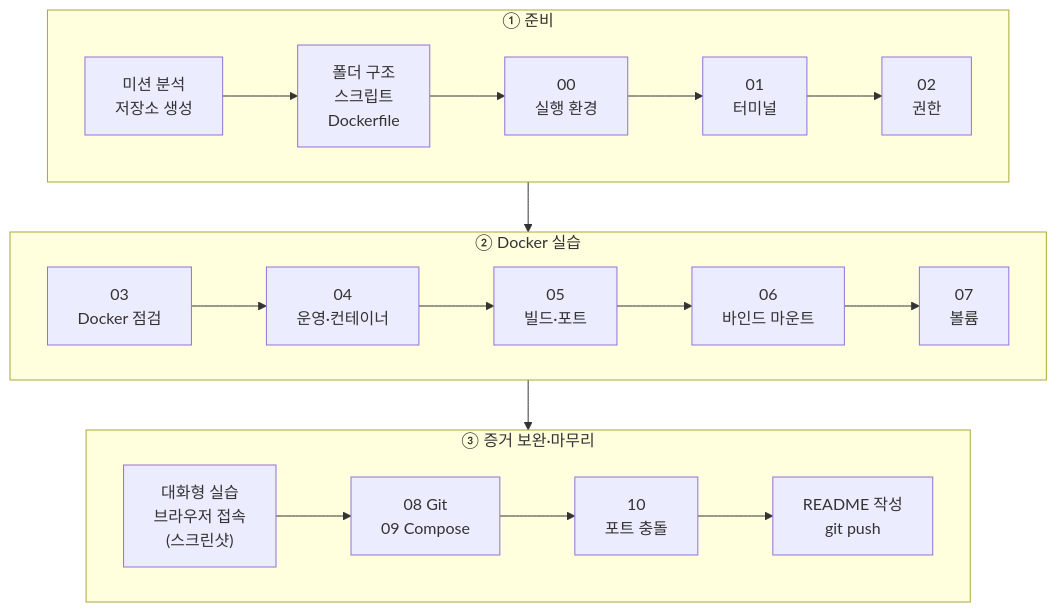
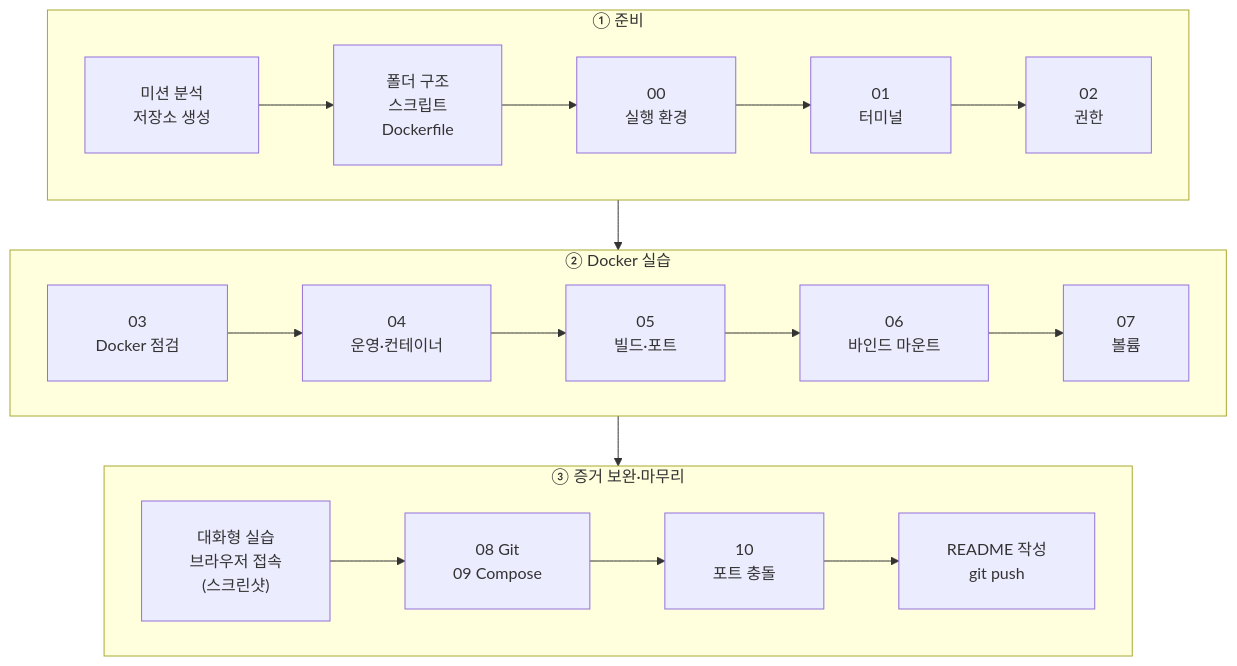
One commit to ilililililil4319/E1-1 changed the first of 3 diagrams in README.md. Above: the diagram before and after it, drawn with Mermaid. The commit also changed other lines of this file, not shown here.

First line of the commit message:
Docs: 흐름도·연결 구조도 상자 글자가 잘리지 않도록 여백 추가

````diff
--- a/README.md
+++ b/README.md
@@ -381,17 +381,17 @@
 ```mermaid
-%%{init: {'flowchart': {'htmlLabels': false}}}%%
+%%{init: {'flowchart': {'htmlLabels': false, 'padding': 24}}}%%
 flowchart TB
     subgraph R1["① 준비"]
         direction LR
         A["미션 분석<br/>저장소 생성"] --> B["폴더 구조<br/>스크립트<br/>Dockerfile"] --> C["00<br/>실행 환경"] --> D["01<br/>터미널"] --> E["02<br/>권한"]
     end
     subgraph R2["② Docker 실습"]
         direction LR
         F["03<br/>Docker 점검"] --> G["04<br/>운영·컨테이너"] --> H["05<br/>빌드·포트"] --> I["06<br/>바인드 마운트"] --> J["07<br/>볼륨"]
     end
     subgraph R3["③ 증거 보완·마무리"]
         direction LR
         K["대화형 실습<br/>브라우저 접속<br/>(스크린샷)"] --> L["08 Git<br/>09 Compose"] --> P["10<br/>포트 충돌"] --> M["README 작성<br/>git push"]
     end
     R1 --> R2 --> R3
 ```
````
